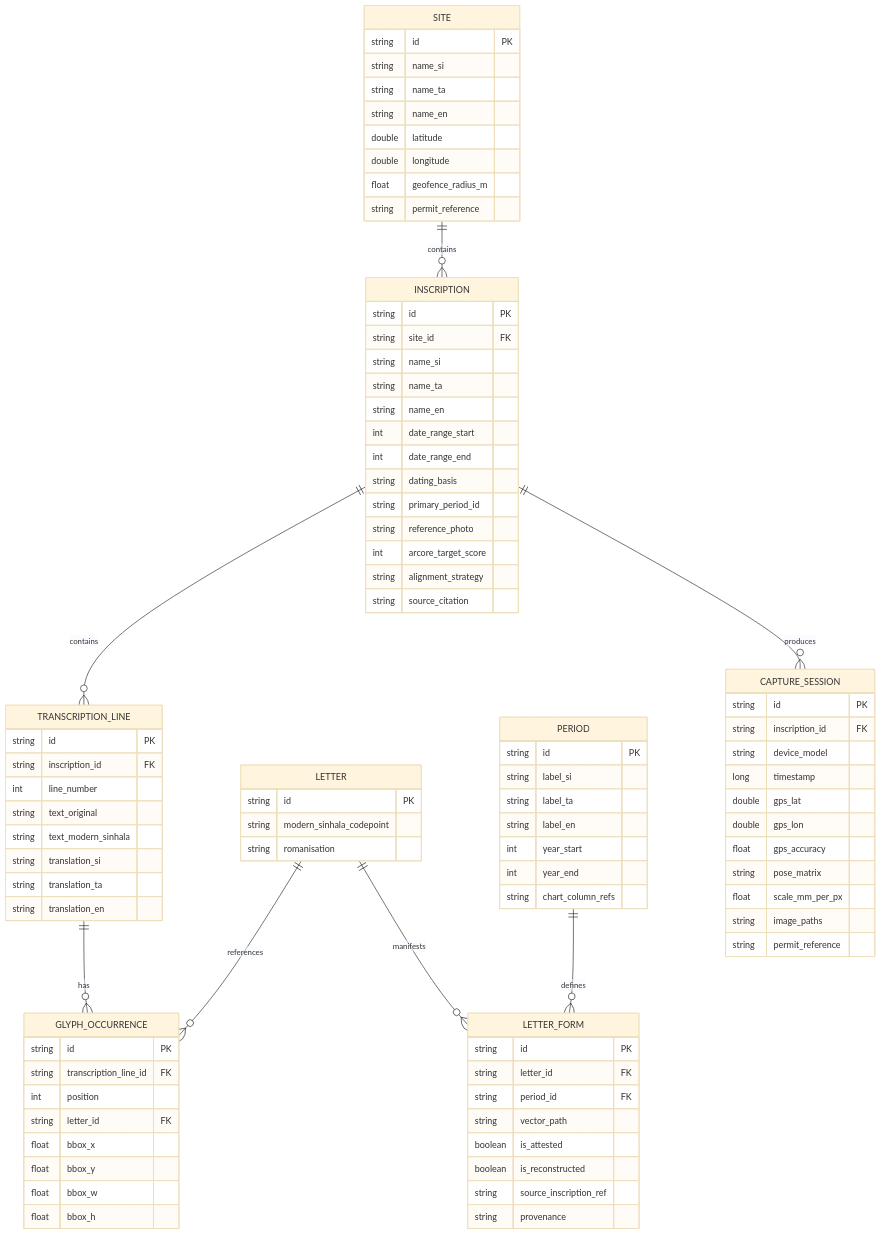
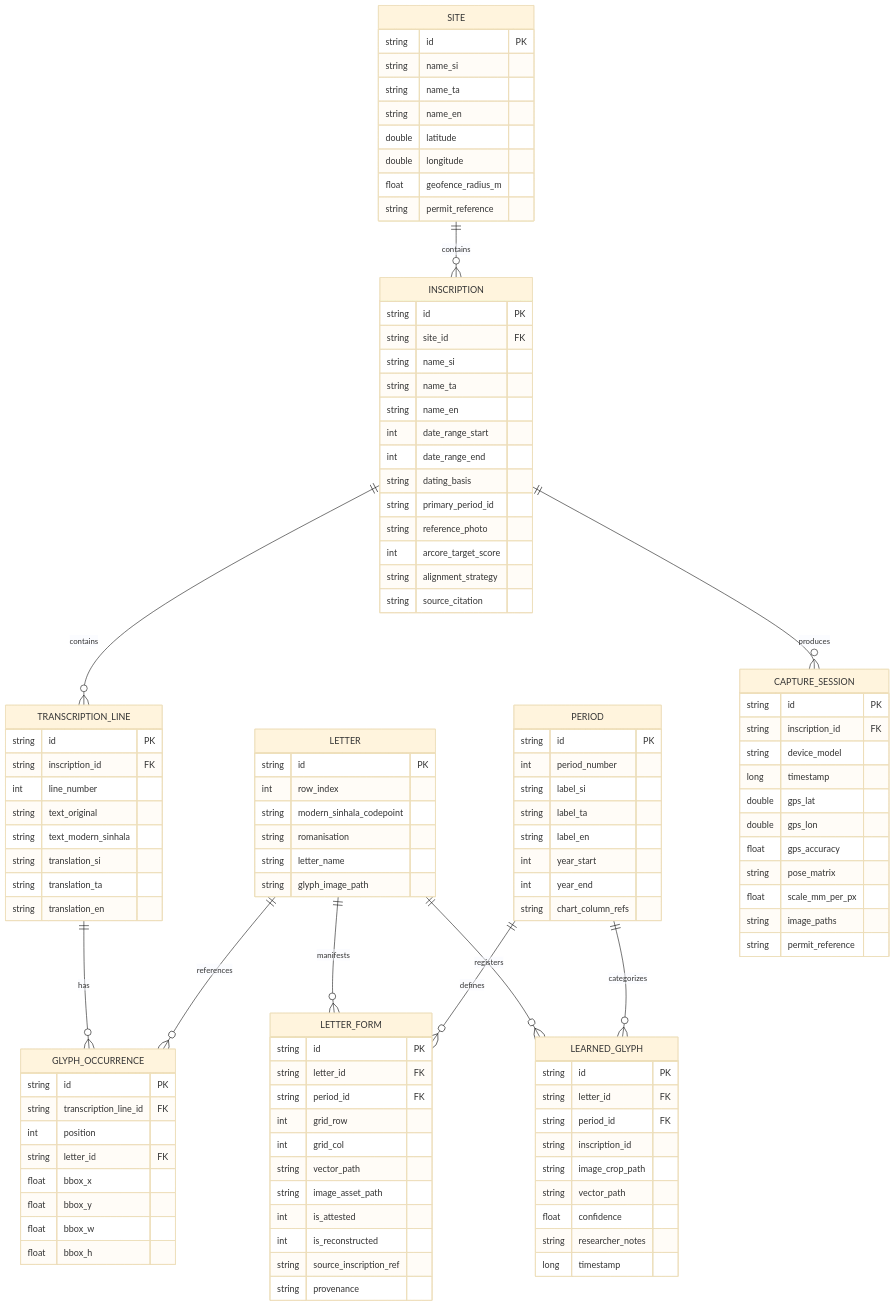
The second of 2 diagrams in README.md (madusankapremaratne/stone-inscriptions-companion-kotlin), drawn with Mermaid (base theme) before and after one commit. The commit also changed other lines of this file, not shown here.

```diff
--- a/README.md
+++ b/README.md
@@ -90,6 +149,8 @@
     LETTER ||--o{ GLYPH_OCCURRENCE : references
     LETTER ||--o{ LETTER_FORM : manifests
     PERIOD ||--o{ LETTER_FORM : defines
+    LETTER ||--o{ LEARNED_GLYPH : registers
+    PERIOD ||--o{ LEARNED_GLYPH : categorizes
     INSCRIPTION ||--o{ CAPTURE_SESSION : produces
 
     SITE {
@@ -143,12 +204,16 @@
 
     LETTER {
         string id PK
+        int row_index
         string modern_sinhala_codepoint
         string romanisation
+        string letter_name
+        string glyph_image_path
     }
 
     PERIOD {
         string id PK
+        int period_number
         string label_si
         string label_ta
         string label_en
@@ -161,11 +226,26 @@
         string id PK
         string letter_id FK
         string period_id FK
+        int grid_row
+        int grid_col
         string vector_path
-        boolean is_attested
-        boolean is_reconstructed
+        string image_asset_path
+        int is_attested
+        int is_reconstructed
         string source_inscription_ref
         string provenance
+    }
+
+    LEARNED_GLYPH {
+        string id PK
+        string letter_id FK
+        string period_id FK
+        string inscription_id
+        string image_crop_path
+        string vector_path
+        float confidence
+        string researcher_notes
+        long timestamp
     }
 
     CAPTURE_SESSION {
```
